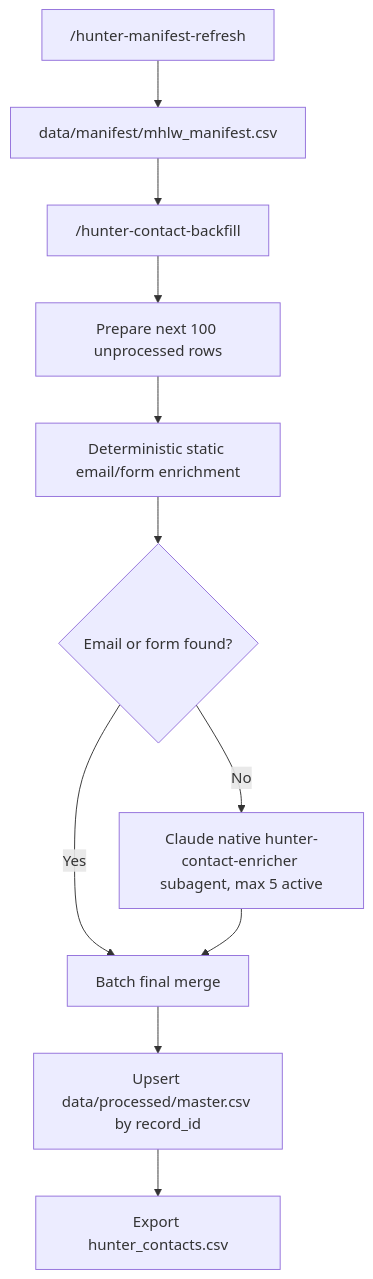
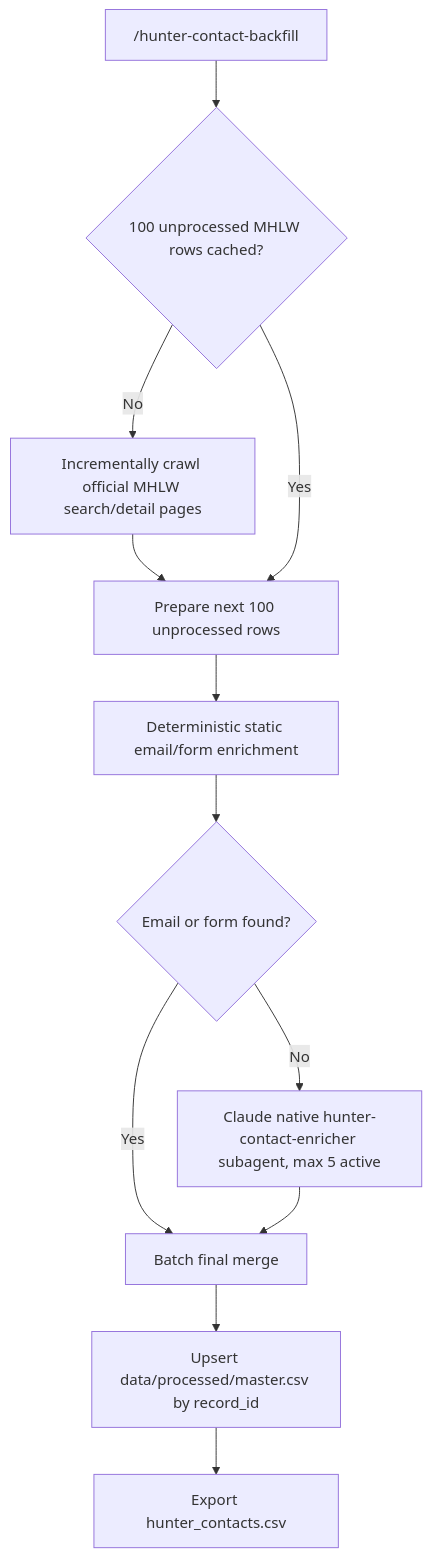
The diagram in README.md (FrankQDWang/hunterdata), drawn with Mermaid before and after one commit. The commit also changed other lines of this file and 15 other files, not shown here.

````diff
--- a/README.md
+++ b/README.md
@@ -68,13 +64,14 @@
 ```mermaid
 flowchart TD
-    A["/hunter-manifest-refresh"] --> B["data/manifest/mhlw_manifest.csv"]
-    B --> C["/hunter-contact-backfill"]
+    A["/hunter-contact-backfill"] --> B{"100 unprocessed MHLW rows cached?"}
+    B -- "No" --> C["Incrementally crawl official MHLW search/detail pages"]
     C --> D["Prepare next 100 unprocessed rows"]
+    B -- "Yes" --> D
     D --> E["Deterministic static email/form enrichment"]
     E --> F{"Email or form found?"}
     F -- "Yes" --> H["Batch final merge"]
     F -- "No" --> G["Claude native hunter-contact-enricher subagent, max 5 active"]
     G --> H
     H --> I["Upsert data/processed/master.csv by record_id"]
     I --> J["Export hunter_contacts.csv"]
 ```
````
